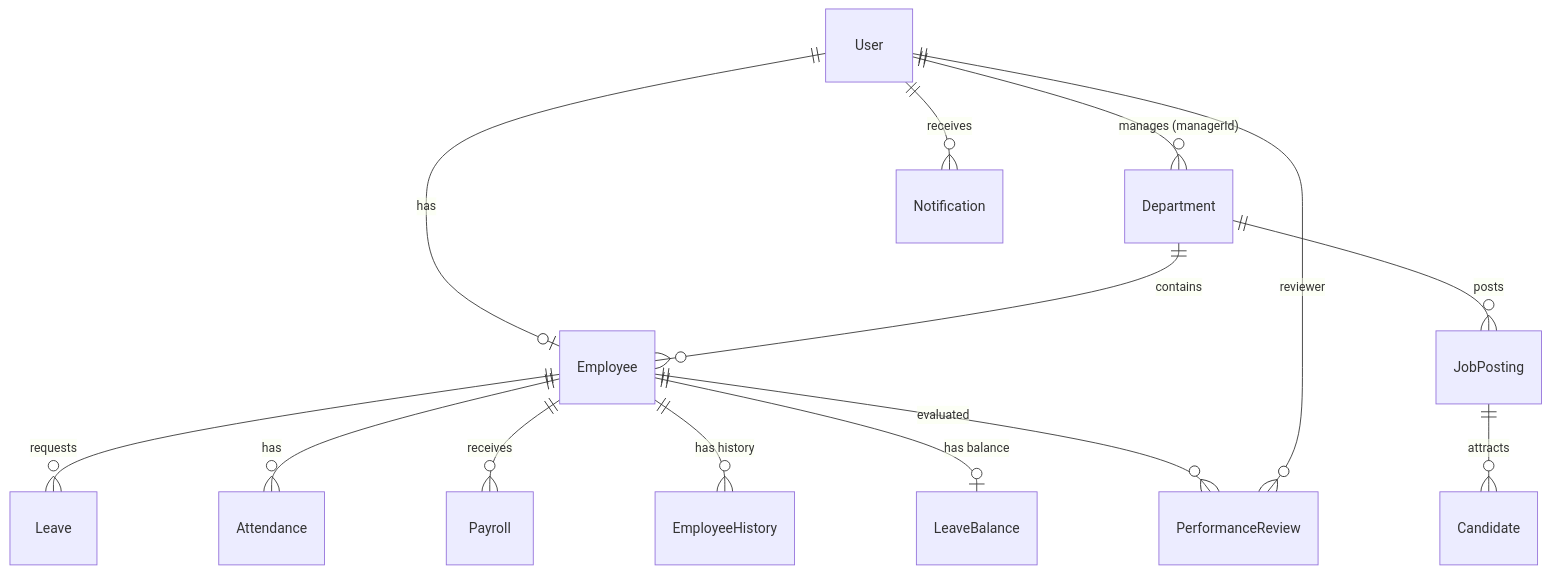
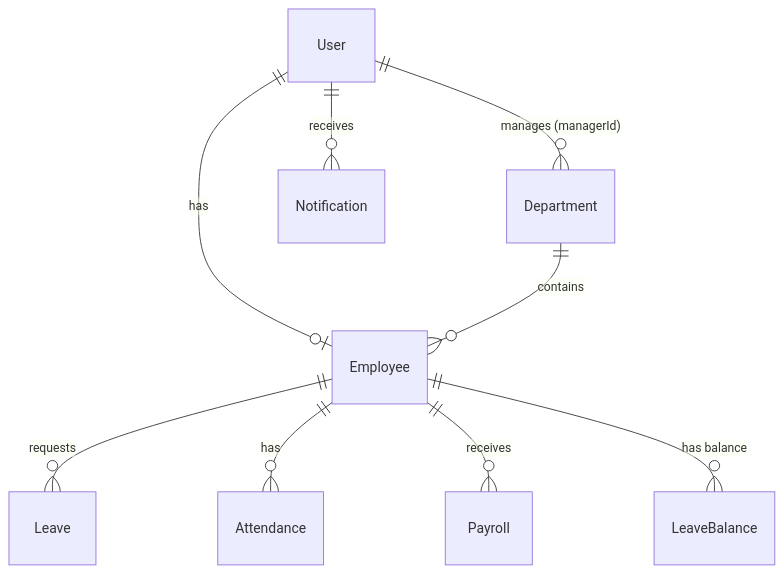
Before and after one commit to nghiaxh/hr-management: the eighth of 24 diagrams in docs/SDD.md, drawn with Mermaid. The commit also changed other lines of this file and 8 other files, not shown here.

````diff
--- a/docs/SDD.md
+++ b/docs/SDD.md
@@ -557,16 +519,11 @@
 ```mermaid
 erDiagram
     User ||--o| Employee : "has"
     Department ||--o{ Employee : "contains"
     User ||--o{ Department : "manages (managerId)"
     Employee ||--o{ Leave : "requests"
     Employee ||--o{ Attendance : "has"
     Employee ||--o{ Payroll : "receives"
-    Employee ||--o{ EmployeeHistory : "has history"
-    Employee ||--o| LeaveBalance : "has balance"
+    Employee ||--o{ LeaveBalance : "has balance"
     User ||--o{ Notification : "receives"
-    JobPosting ||--o{ Candidate : "attracts"
-    Department ||--o{ JobPosting : "posts"
-    Employee ||--o{ PerformanceReview : "evaluated"
-    User ||--o{ PerformanceReview : "reviewer"
 ```
````
